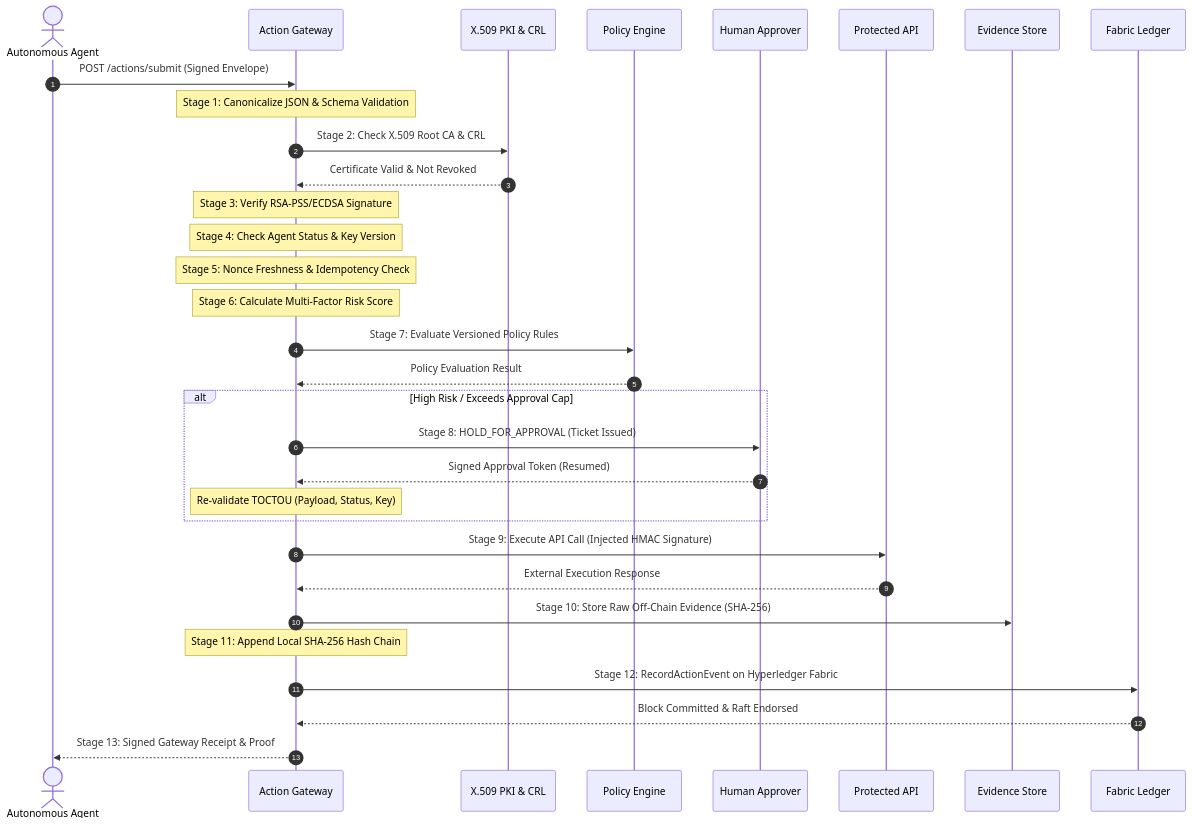
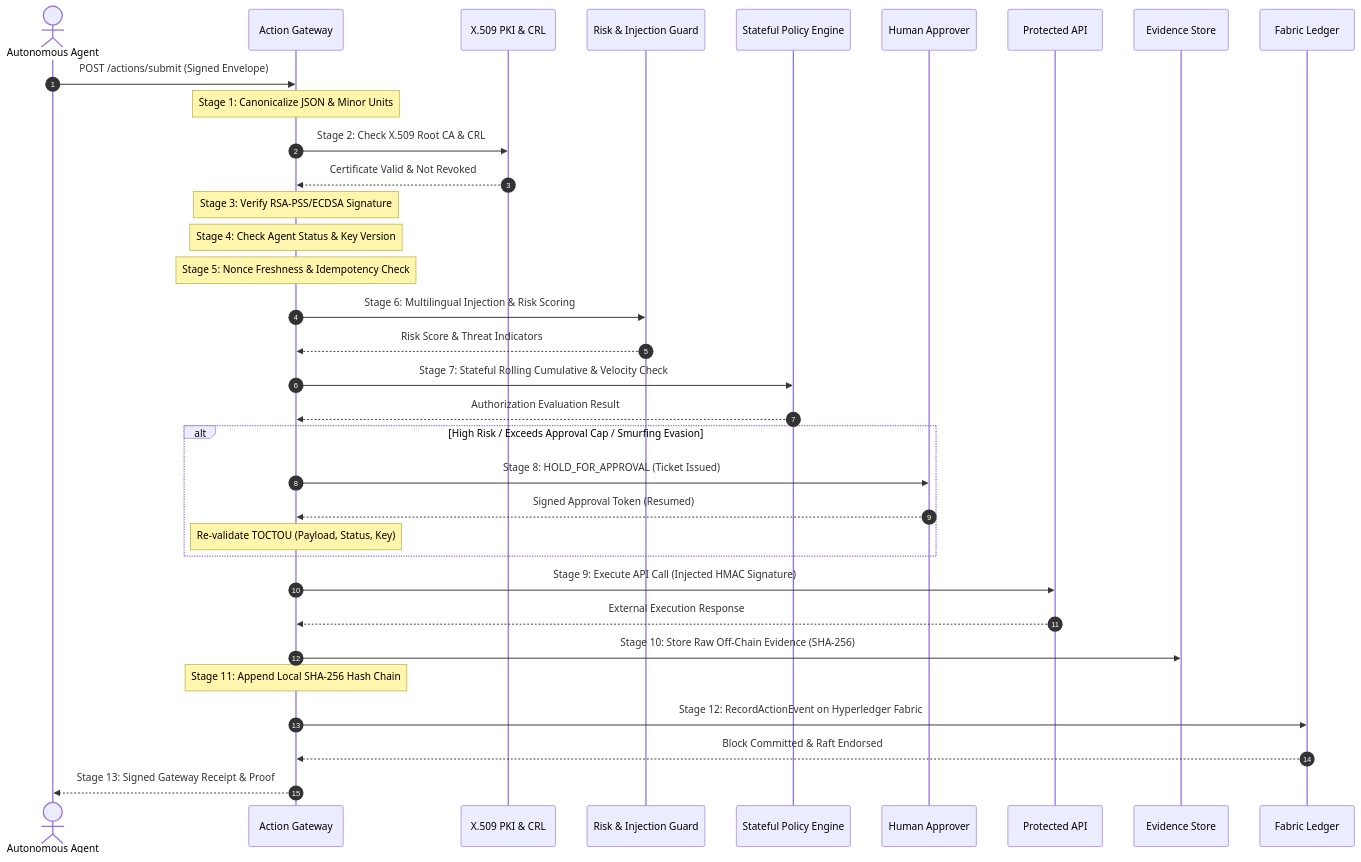
The second of 2 diagrams in README.md (venkatesh0029/AgentTrust), drawn with Mermaid before and after one commit. The commit also changed other lines of this file, not shown here.

````diff
--- a/README.md
+++ b/README.md
@@ -182,35 +191,37 @@
 ```mermaid
 sequenceDiagram
     autonumber
     actor Agent as Autonomous Agent
     participant GW as Action Gateway
     participant PKI as X.509 PKI & CRL
-    participant Pol as Policy Engine
+    participant Risk as Risk & Injection Guard
+    participant Pol as Stateful Policy Engine
     participant HITL as Human Approver
     participant API as Protected API
     participant Ev as Evidence Store
     participant Led as Fabric Ledger
 
     Agent->>GW: POST /actions/submit (Signed Envelope)
-    Note over GW: Stage 1: Canonicalize JSON & Schema Validation
+    Note over GW: Stage 1: Canonicalize JSON & Minor Units
     GW->>PKI: Stage 2: Check X.509 Root CA & CRL
     PKI-->>GW: Certificate Valid & Not Revoked
     Note over GW: Stage 3: Verify RSA-PSS/ECDSA Signature
     Note over GW: Stage 4: Check Agent Status & Key Version
     Note over GW: Stage 5: Nonce Freshness & Idempotency Check
-    Note over GW: Stage 6: Calculate Multi-Factor Risk Score
-    GW->>Pol: Stage 7: Evaluate Versioned Policy Rules
-    Pol-->>GW: Policy Evaluation Result
-    alt High Risk / Exceeds Approval Cap
+    GW->>Risk: Stage 6: Multilingual Injection & Risk Scoring
+    Risk-->>GW: Risk Score & Threat Indicators
+    GW->>Pol: Stage 7: Stateful Rolling Cumulative & Velocity Check
+    Pol-->>GW: Authorization Evaluation Result
+    alt High Risk / Exceeds Approval Cap / Smurfing Evasion
         GW->>HITL: Stage 8: HOLD_FOR_APPROVAL (Ticket Issued)
         HITL-->>GW: Signed Approval Token (Resumed)
         Note over GW: Re-validate TOCTOU (Payload, Status, Key)
     end
     GW->>API: Stage 9: Execute API Call (Injected HMAC Signature)
     API-->>GW: External Execution Response
     GW->>Ev: Stage 10: Store Raw Off-Chain Evidence (SHA-256)
     Note over GW: Stage 11: Append Local SHA-256 Hash Chain
     GW->>Led: Stage 12: RecordActionEvent on Hyperledger Fabric
     Led-->>GW: Block Committed & Raft Endorsed
     GW-->>Agent: Stage 13: Signed Gateway Receipt & Proof
 ```
````
